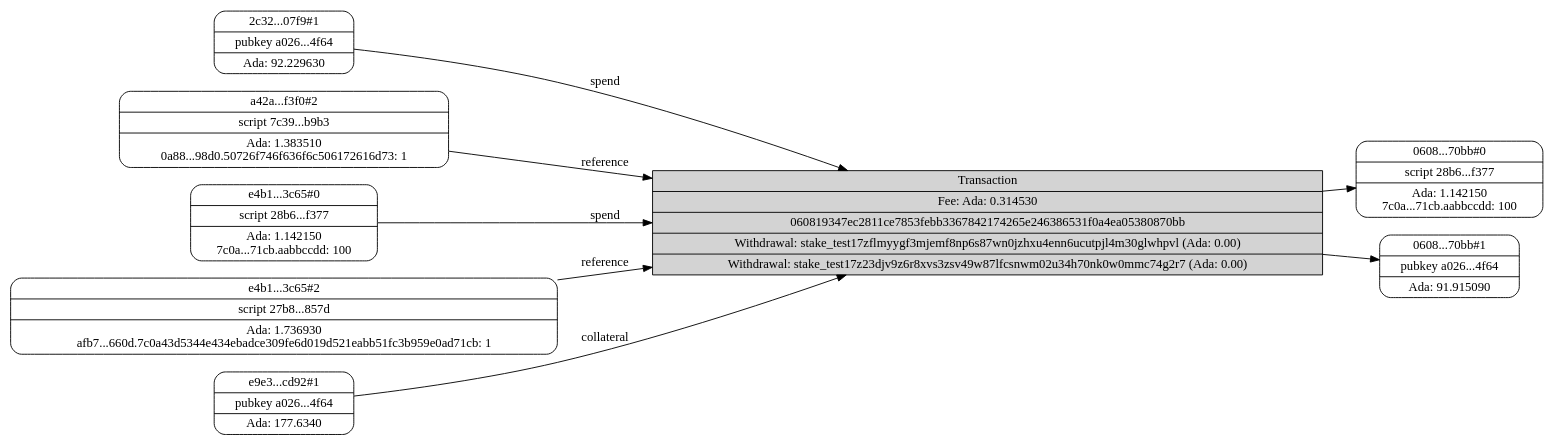
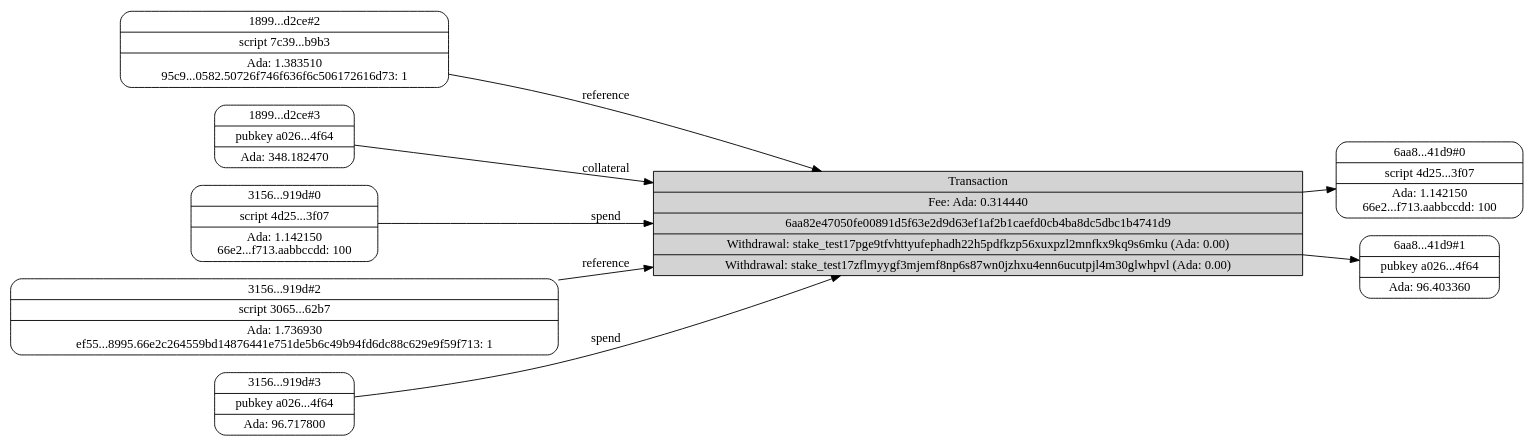
Before and after one commit to input-output-hk/wsc-poc: the diagram in preview-network/tx.dot, drawn with Graphviz. The commit also changed 6 other files, not shown here.

```diff
--- a/preview-network/tx.dot
+++ b/preview-network/tx.dot
@@ -1,29 +1,29 @@
 digraph "resolved-transactions" {
     graph [rankdir=LR];
     node [shape=record
          ,style=filled
          ,bgcolor=gray93
          ,height=0.1];
-    txin_060819347ec2811ce7853febb3367842174265e246386531f0a4ea05380870bb_0 [label="0608...70bb#0|script\ 28b6...f377|Ada:\ 1.142150\n7c0a...71cb.aabbccdd:\ 100\n"
+    txin_1899dfab4c8d755227a986d3b9d8d62231c3a34fc16168b8c1342705bfcad2ce_2 [label="1899...d2ce#2|script\ 7c39...b9b3|Ada:\ 1.383510\n95c9...0582.50726f746f636f6c506172616d73:\ 1\n"
                                                                             ,style=rounded];
-    txin_060819347ec2811ce7853febb3367842174265e246386531f0a4ea05380870bb_1 [label="0608...70bb#1|pubkey\ a026...4f64|Ada:\ 91.915090\n"
+    txin_1899dfab4c8d755227a986d3b9d8d62231c3a34fc16168b8c1342705bfcad2ce_3 [label="1899...d2ce#3|pubkey\ a026...4f64|Ada:\ 348.182470\n"
                                                                             ,style=rounded];
-    txin_2c322e42da088707a7010806d58f4899196615d40eeba0f73f884969b85a07f9_1 [label="2c32...07f9#1|pubkey\ a026...4f64|Ada:\ 92.229630\n"
+    txin_3156dd68e42b39b0056dceb5871ca349a91385930df2ed6297302789db55919d_0 [label="3156...919d#0|script\ 4d25...3f07|Ada:\ 1.142150\n66e2...f713.aabbccdd:\ 100\n"
                                                                             ,style=rounded];
-    txin_a42ada8438bbc843c894f28f60d0be1831b577a8cd7c8d9244676b64dbaaf3f0_2 [label="a42a...f3f0#2|script\ 7c39...b9b3|Ada:\ 1.383510\n0a88...98d0.50726f746f636f6c506172616d73:\ 1\n"
+    txin_3156dd68e42b39b0056dceb5871ca349a91385930df2ed6297302789db55919d_2 [label="3156...919d#2|script\ 3065...62b7|Ada:\ 1.736930\nef55...8995.66e2c264559bd14876441e751de5b6c49b94fd6dc88c629e9f59f713:\ 1\n"
                                                                             ,style=rounded];
-    txin_e4b159d1a328b714bb425b1d567a027749f3e321cca1102b91288dfe90673c65_0 [label="e4b1...3c65#0|script\ 28b6...f377|Ada:\ 1.142150\n7c0a...71cb.aabbccdd:\ 100\n"
+    txin_3156dd68e42b39b0056dceb5871ca349a91385930df2ed6297302789db55919d_3 [label="3156...919d#3|pubkey\ a026...4f64|Ada:\ 96.717800\n"
                                                                             ,style=rounded];
-    txin_e4b159d1a328b714bb425b1d567a027749f3e321cca1102b91288dfe90673c65_2 [label="e4b1...3c65#2|script\ 27b8...857d|Ada:\ 1.736930\nafb7...660d.7c0a43d5344e434ebadce309fe6d019d521eabb51fc3b959e0ad71cb:\ 1\n"
+    txin_6aa82e47050fe00891d5f63e2d9d63ef1af2b1caefd0cb4ba8dc5dbc1b4741d9_0 [label="6aa8...41d9#0|script\ 4d25...3f07|Ada:\ 1.142150\n66e2...f713.aabbccdd:\ 100\n"
                                                                             ,style=rounded];
-    txin_e9e3c1f6207098ac98b14d64b16a33ff4eec39eeed68b7e4079f121fa0cbcd92_1 [label="e9e3...cd92#1|pubkey\ a026...4f64|Ada:\ 177.6340\n"
+    txin_6aa82e47050fe00891d5f63e2d9d63ef1af2b1caefd0cb4ba8dc5dbc1b4741d9_1 [label="6aa8...41d9#1|pubkey\ a026...4f64|Ada:\ 96.403360\n"
                                                                             ,style=rounded];
-    tx_060819347ec2811ce7853febb3367842174265e246386531f0a4ea05380870bb [label="Transaction|Fee:\ Ada:\ 0.314530|060819347ec2811ce7853febb3367842174265e246386531f0a4ea05380870bb|Withdrawal:\ stake_test17zflmyygf3mjemf8np6s87wn0jzhxu4enn6ucutpjl4m30glwhpvl\ (Ada:\ 0.00)|Withdrawal:\ stake_test17z23djv9z6r8xvs3zsv49w87lfcsnwm02u34h70nk0w0mmc74g2r7\ (Ada:\ 0.00)"];
-    txin_2c322e42da088707a7010806d58f4899196615d40eeba0f73f884969b85a07f9_1 -> tx_060819347ec2811ce7853febb3367842174265e246386531f0a4ea05380870bb [label=spend];
-    txin_e4b159d1a328b714bb425b1d567a027749f3e321cca1102b91288dfe90673c65_0 -> tx_060819347ec2811ce7853febb3367842174265e246386531f0a4ea05380870bb [label=spend];
-    txin_a42ada8438bbc843c894f28f60d0be1831b577a8cd7c8d9244676b64dbaaf3f0_2 -> tx_060819347ec2811ce7853febb3367842174265e246386531f0a4ea05380870bb [label=reference];
-    txin_e4b159d1a328b714bb425b1d567a027749f3e321cca1102b91288dfe90673c65_2 -> tx_060819347ec2811ce7853febb3367842174265e246386531f0a4ea05380870bb [label=reference];
-    txin_e9e3c1f6207098ac98b14d64b16a33ff4eec39eeed68b7e4079f121fa0cbcd92_1 -> tx_060819347ec2811ce7853febb3367842174265e246386531f0a4ea05380870bb [label=collateral];
-    tx_060819347ec2811ce7853febb3367842174265e246386531f0a4ea05380870bb -> txin_060819347ec2811ce7853febb3367842174265e246386531f0a4ea05380870bb_0;
-    tx_060819347ec2811ce7853febb3367842174265e246386531f0a4ea05380870bb -> txin_060819347ec2811ce7853febb3367842174265e246386531f0a4ea05380870bb_1;
+    tx_6aa82e47050fe00891d5f63e2d9d63ef1af2b1caefd0cb4ba8dc5dbc1b4741d9 [label="Transaction|Fee:\ Ada:\ 0.314440|6aa82e47050fe00891d5f63e2d9d63ef1af2b1caefd0cb4ba8dc5dbc1b4741d9|Withdrawal:\ stake_test17pge9tfvhttyufephadh22h5pdfkzp56xuxpzl2mnfkx9kq9s6mku\ (Ada:\ 0.00)|Withdrawal:\ stake_test17zflmyygf3mjemf8np6s87wn0jzhxu4enn6ucutpjl4m30glwhpvl\ (Ada:\ 0.00)"];
+    txin_3156dd68e42b39b0056dceb5871ca349a91385930df2ed6297302789db55919d_0 -> tx_6aa82e47050fe00891d5f63e2d9d63ef1af2b1caefd0cb4ba8dc5dbc1b4741d9 [label=spend];
+    txin_3156dd68e42b39b0056dceb5871ca349a91385930df2ed6297302789db55919d_3 -> tx_6aa82e47050fe00891d5f63e2d9d63ef1af2b1caefd0cb4ba8dc5dbc1b4741d9 [label=spend];
+    txin_1899dfab4c8d755227a986d3b9d8d62231c3a34fc16168b8c1342705bfcad2ce_2 -> tx_6aa82e47050fe00891d5f63e2d9d63ef1af2b1caefd0cb4ba8dc5dbc1b4741d9 [label=reference];
+    txin_3156dd68e42b39b0056dceb5871ca349a91385930df2ed6297302789db55919d_2 -> tx_6aa82e47050fe00891d5f63e2d9d63ef1af2b1caefd0cb4ba8dc5dbc1b4741d9 [label=reference];
+    txin_1899dfab4c8d755227a986d3b9d8d62231c3a34fc16168b8c1342705bfcad2ce_3 -> tx_6aa82e47050fe00891d5f63e2d9d63ef1af2b1caefd0cb4ba8dc5dbc1b4741d9 [label=collateral];
+    tx_6aa82e47050fe00891d5f63e2d9d63ef1af2b1caefd0cb4ba8dc5dbc1b4741d9 -> txin_6aa82e47050fe00891d5f63e2d9d63ef1af2b1caefd0cb4ba8dc5dbc1b4741d9_0;
+    tx_6aa82e47050fe00891d5f63e2d9d63ef1af2b1caefd0cb4ba8dc5dbc1b4741d9 -> txin_6aa82e47050fe00891d5f63e2d9d63ef1af2b1caefd0cb4ba8dc5dbc1b4741d9_1;
 }
```
